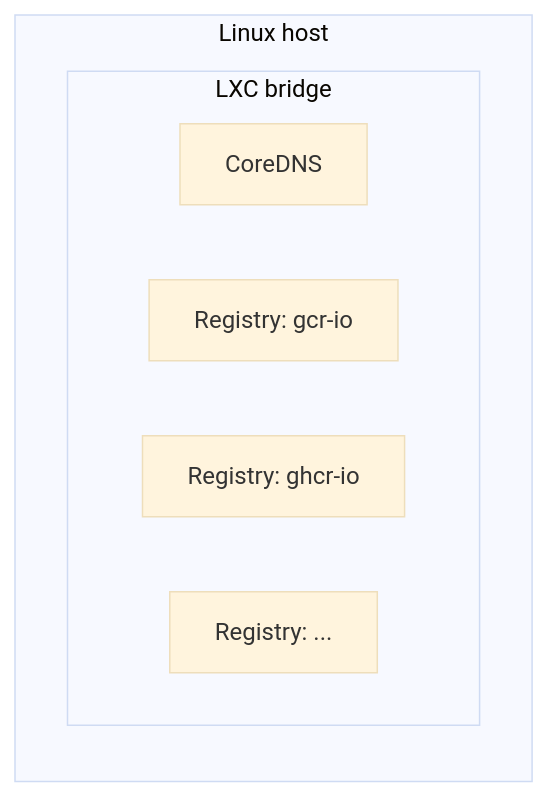
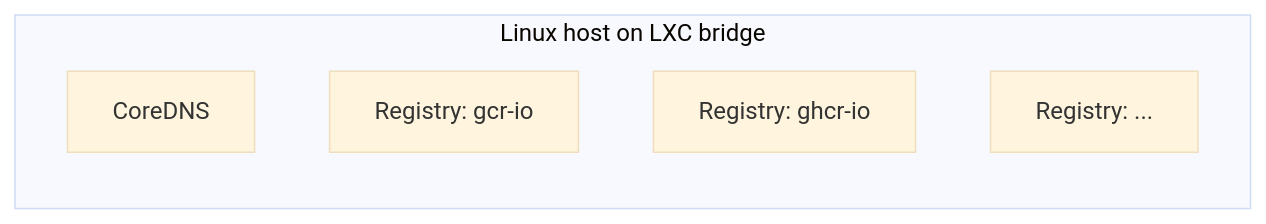
One commit to windsorcli/core changed the second of 2 diagrams in terraform/workstation/README.md. Above: the diagram before and after it, drawn with Mermaid (base theme). The commit also changed other lines of this file and 6 other files, not shown here.

Commit message:
chore(docs): refine flowcharts in README files for backend, cluster, compute, CNI, network, gitops, and workstation categories

````diff
--- a/terraform/workstation/README.md
+++ b/terraform/workstation/README.md
@@ -56,11 +54,9 @@
 ```mermaid
 flowchart LR
-  subgraph host[Linux host]
-    subgraph bridge[LXC bridge]
-      dns[CoreDNS]
-      reg1[Registry: gcr-io]
-      reg2[Registry: ghcr-io]
-      regN[Registry: ...]
-    end
+  subgraph host[Linux host on LXC bridge]
+    dns[CoreDNS]
+    reg1[Registry: gcr-io]
+    reg2[Registry: ghcr-io]
+    regN[Registry: ...]
   end
 ```
````
